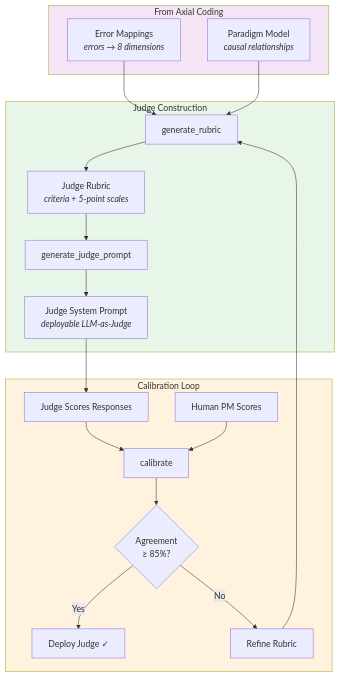
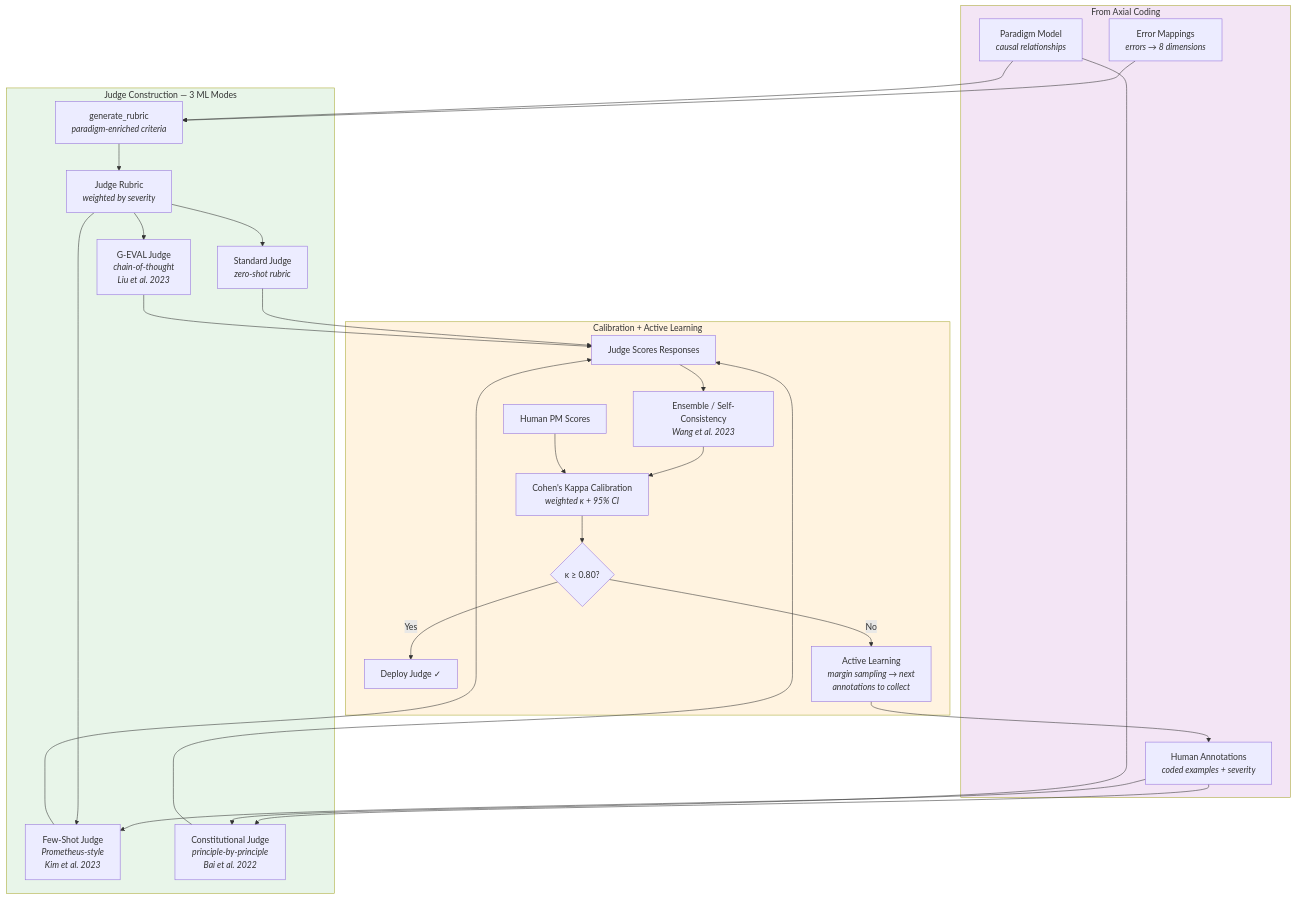
One commit to aws-samples/sample-GEDD changed the sixth of 8 diagrams in README.md. Above: the diagram before and after it, drawn with Mermaid. The commit also changed other lines of this file, not shown here.

First line of the commit message:
docs: update README for ML-enhanced judge builder and security fixes

````diff
--- a/README.md
+++ b/README.md
@@ -212,29 +212,36 @@
 ```mermaid
 flowchart TD
     subgraph Inputs["From Axial Coding"]
         EM[Error Mappings<br/><i>errors → 8 dimensions</i>]
         PM[Paradigm Model<br/><i>causal relationships</i>]
+        ANN[Human Annotations<br/><i>coded examples + severity</i>]
     end
 
-    subgraph Build["Judge Construction"]
-        EM --> RUB[generate_rubric]
+    subgraph Build["Judge Construction — 3 ML Modes"]
+        EM --> RUB[generate_rubric<br/><i>paradigm-enriched criteria</i>]
         PM --> RUB
-        RUB --> RUBRIC[Judge Rubric<br/><i>criteria + 5-point scales</i>]
-        RUBRIC --> GEN[generate_judge_prompt]
-        GEN --> PROMPT[Judge System Prompt<br/><i>deployable LLM-as-Judge</i>]
+        RUB --> RUBRIC[Judge Rubric<br/><i>weighted by severity</i>]
+
+        RUBRIC --> STD[Standard Judge<br/><i>zero-shot rubric</i>]
+        ANN --> FS[Few-Shot Judge<br/><i>Prometheus-style<br/>Kim et al. 2023</i>]
+        RUBRIC --> FS
+        RUBRIC --> GE[G-EVAL Judge<br/><i>chain-of-thought<br/>Liu et al. 2023</i>]
+        ANN --> CONST[Constitutional Judge<br/><i>principle-by-principle<br/>Bai et al. 2022</i>]
+        PM --> CONST
     end
 
-    subgraph Calibrate["Calibration Loop"]
-        PROMPT --> RUN[Judge Scores Responses]
-        RUN --> CAL[calibrate]
+    subgraph Calibrate["Calibration + Active Learning"]
+        STD & FS & GE & CONST --> RUN[Judge Scores Responses]
+        RUN --> ENS[Ensemble / Self-Consistency<br/><i>Wang et al. 2023</i>]
+        ENS --> CAL[Cohen's Kappa Calibration<br/><i>weighted κ + 95% CI</i>]
         HUMAN[Human PM Scores] --> CAL
-        CAL --> AGR{Agreement<br/>≥ 85%?}
+        CAL --> AGR{κ ≥ 0.80?}
         AGR -->|Yes| DEPLOY[Deploy Judge ✓]
-        AGR -->|No| REFINE[Refine Rubric]
-        REFINE --> RUB
+        AGR -->|No| AL[Active Learning<br/><i>margin sampling → next<br/>annotations to collect</i>]
+        AL --> ANN
     end
 
     style Inputs fill:#f3e5f5
     style Build fill:#e8f5e9
     style Calibrate fill:#fff3e0
 ```
````
